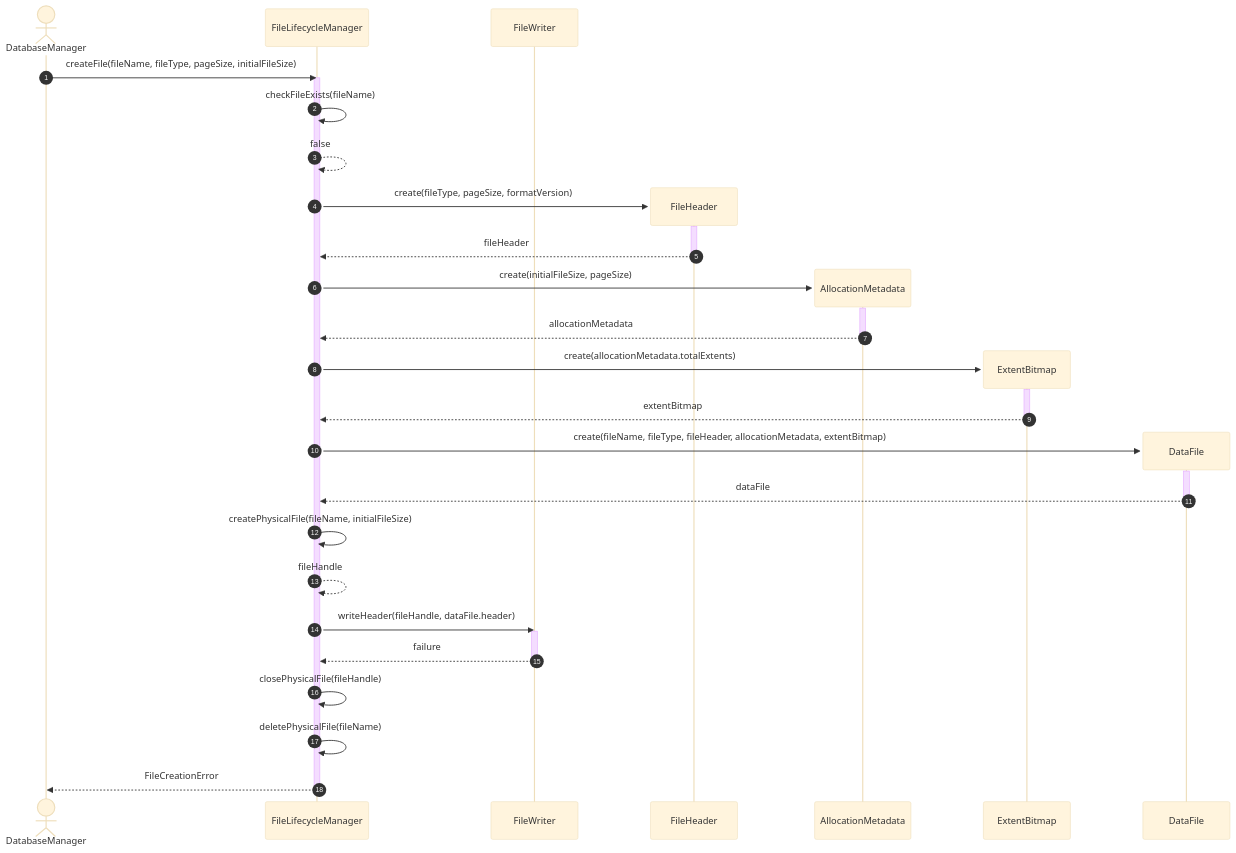
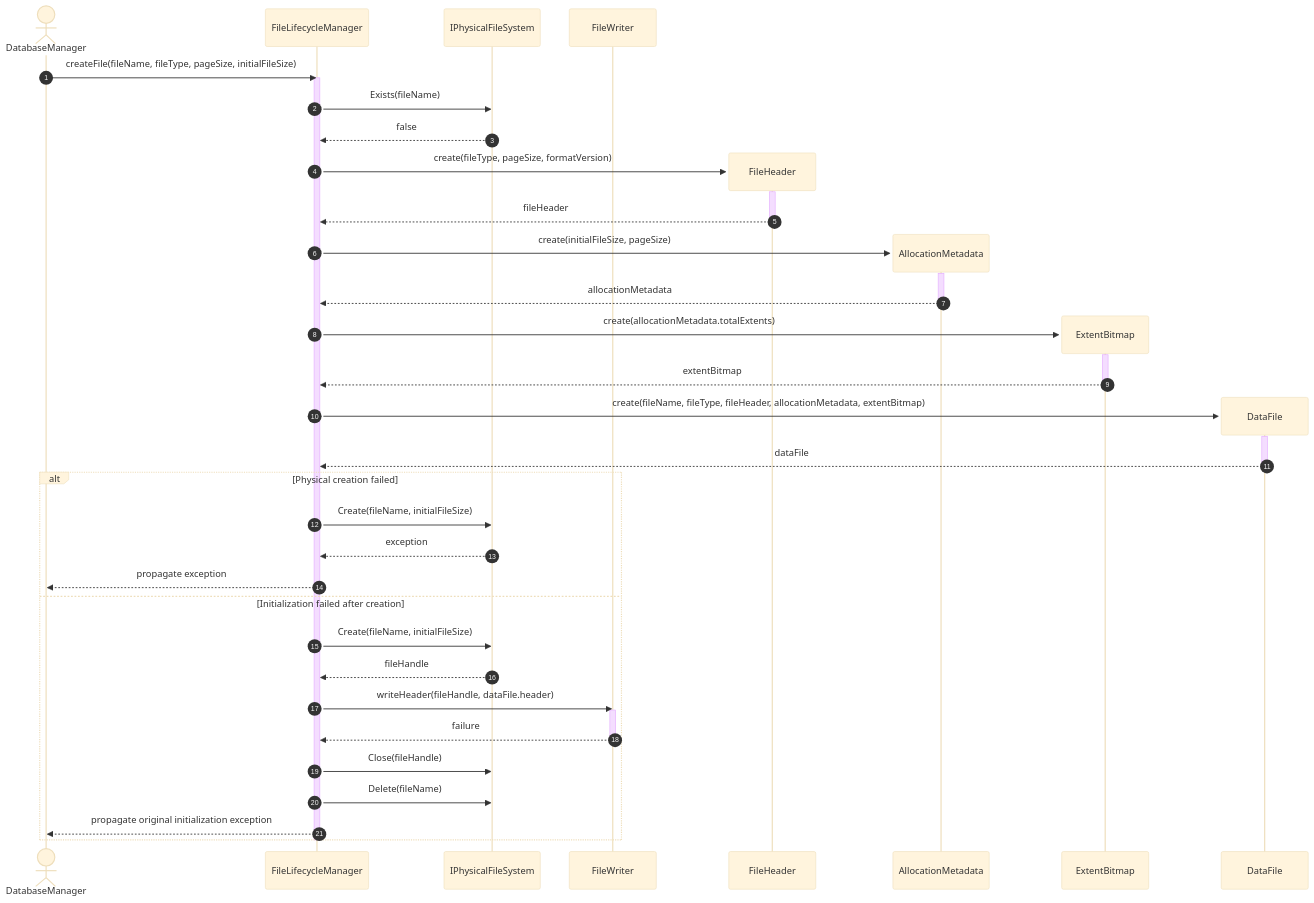
The third of 3 diagrams in docs/diagrams/sequence-diagrams/storage-engine/file-management/file-lifecycle/create-file.md (manaxpow/DBMS), drawn with Mermaid (base theme) before and after one commit. The commit also changed other lines of this file and 54 other files, not shown here.

Commit message:
#5 update PhysicalFileSystem

````diff
--- a/docs/diagrams/sequence-diagrams/storage-engine/file-management/file-lifecycle/create-file.md
+++ b/docs/diagrams/sequence-diagrams/storage-engine/file-management/file-lifecycle/create-file.md
@@ -94,52 +96,60 @@
 ```mermaid
 sequenceDiagram
     autonumber
 
     actor DB as DatabaseManager
     participant LM as FileLifecycleManager
+    participant PFS as IPhysicalFileSystem
     participant FW as FileWriter
 
     DB->>LM: createFile(fileName, fileType, pageSize, initialFileSize)
     activate LM
 
-    LM->>LM: checkFileExists(fileName)
-    LM-->>LM: false
+    LM->>PFS: Exists(fileName)
+    PFS-->>LM: false
 
     create participant FH as FileHeader
     LM->>FH: create(fileType, pageSize, formatVersion)
     activate FH
     FH-->>LM: fileHeader
     deactivate FH
 
     create participant AM as AllocationMetadata
     LM->>AM: create(initialFileSize, pageSize)
     activate AM
     AM-->>LM: allocationMetadata
     deactivate AM
 
     create participant EB as ExtentBitmap
     LM->>EB: create(allocationMetadata.totalExtents)
     activate EB
     EB-->>LM: extentBitmap
     deactivate EB
 
     create participant DF as DataFile
     LM->>DF: create(fileName, fileType, fileHeader, allocationMetadata, extentBitmap)
     activate DF
     DF-->>LM: dataFile
     deactivate DF
 
-    LM->>LM: createPhysicalFile(fileName, initialFileSize)
-    LM-->>LM: fileHandle
+    alt Physical creation failed
+        LM->>PFS: Create(fileName, initialFileSize)
+        PFS-->>LM: exception
+        LM-->>DB: propagate exception
+    else Initialization failed after creation
+        LM->>PFS: Create(fileName, initialFileSize)
+        PFS-->>LM: fileHandle
 
-    LM->>FW: writeHeader(fileHandle, dataFile.header)
-    activate FW
-    FW-->>LM: failure
-    deactivate FW
+        LM->>FW: writeHeader(fileHandle, dataFile.header)
+        activate FW
+        FW-->>LM: failure
+        deactivate FW
 
-    LM->>LM: closePhysicalFile(fileHandle)
-    LM->>LM: deletePhysicalFile(fileName)
-    
-    LM-->>DB: FileCreationError
+        LM->>PFS: Close(fileHandle)
+        LM->>PFS: Delete(fileName)
+        
+        LM-->>DB: propagate original initialization exception
+    end
+
     deactivate LM
 ```
````
